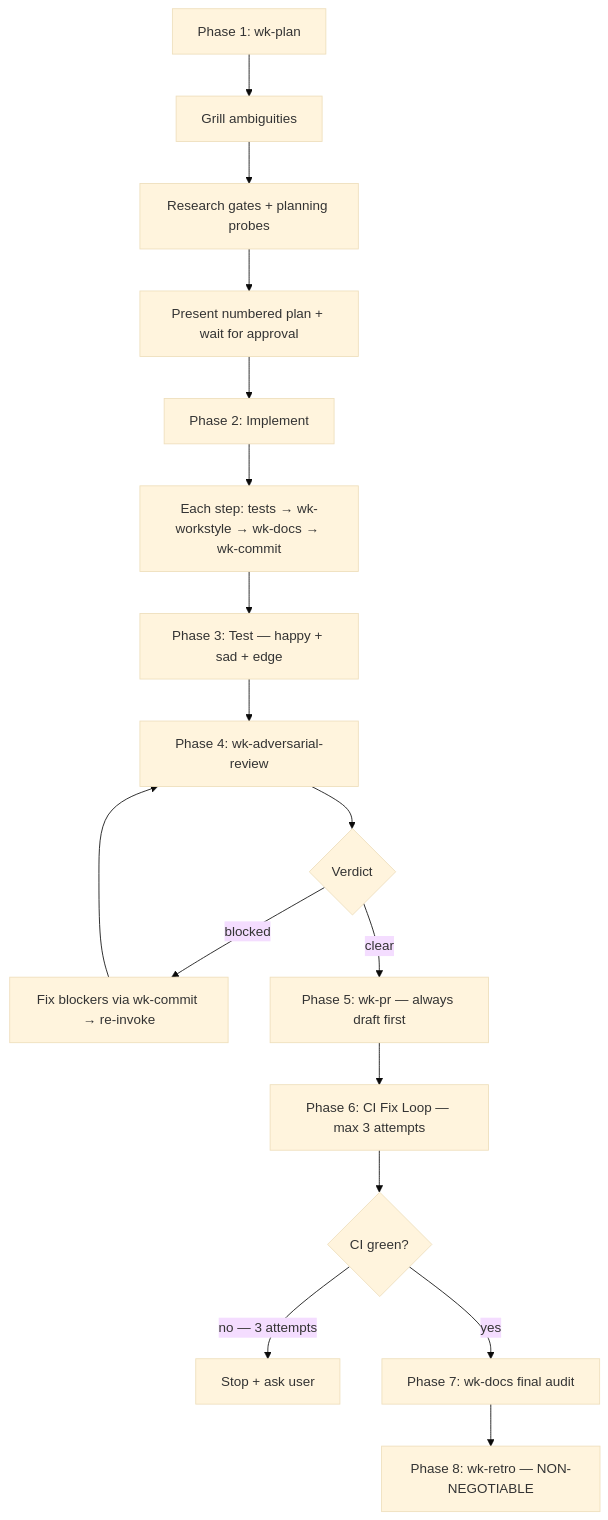
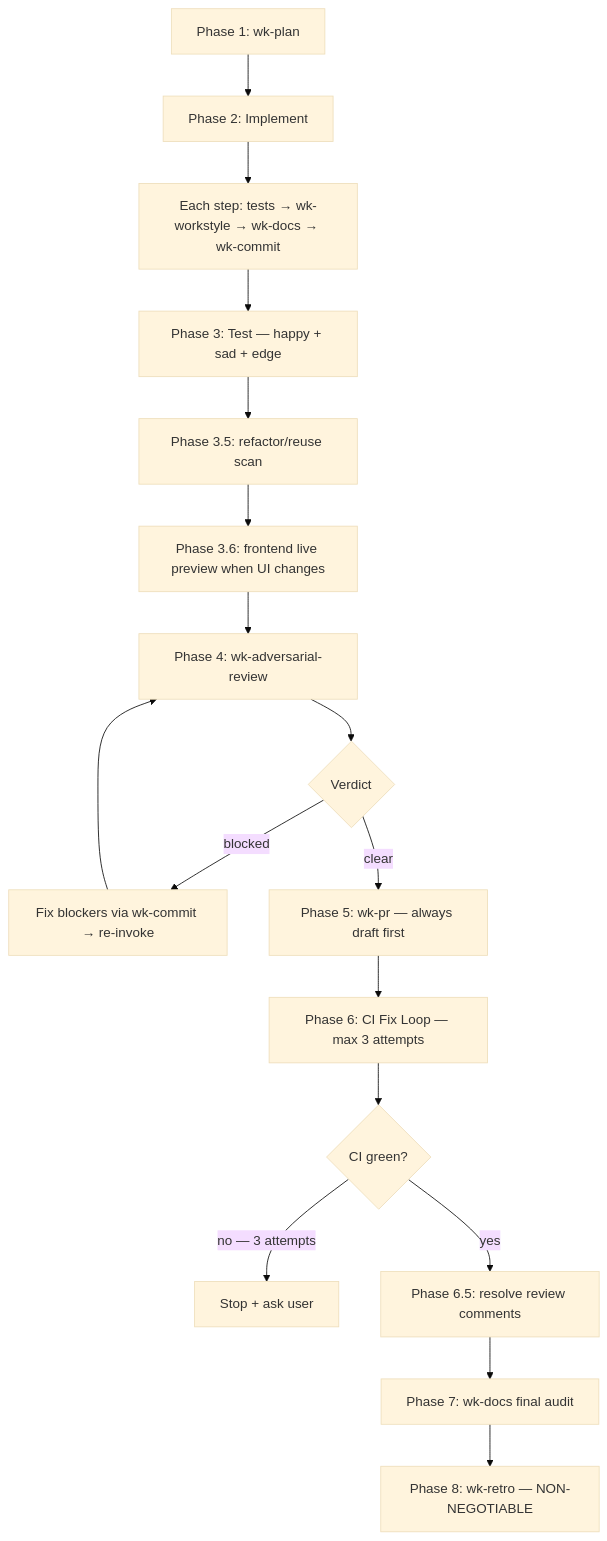
Before and after one commit to whizzzkid/skills: the diagram in skills/workflow/README.md, drawn with Mermaid (base theme). The commit also changed other lines of this file and 1 other file, not shown here.

Commit message:
refactor(workflow): ♻️ debloat workflow skill
Compress wk-workflow under 500 lines while preserving phase gates,
progressive disclosure through wk-plan and focused skills, and README sync.

````diff
--- a/skills/workflow/README.md
+++ b/skills/workflow/README.md
@@ -16,24 +16,25 @@
 ```mermaid
 flowchart TD
-    A[Phase 1: wk-plan] --> A1[Grill ambiguities]
-    A1 --> A2[Research gates + planning probes]
-    A2 --> A3[Present numbered plan + wait for approval]
-    A3 --> B[Phase 2: Implement]
+    A[Phase 1: wk-plan] --> B[Phase 2: Implement]
     B --> B1[Each step: tests → wk-workstyle → wk-docs → wk-commit]
     B1 --> C[Phase 3: Test — happy + sad + edge]
-    C --> D[Phase 4: wk-adversarial-review]
+    C --> C1[Phase 3.5: refactor/reuse scan]
+    C1 --> C2[Phase 3.6: frontend live preview when UI changes]
+    C2 --> D[Phase 4: wk-adversarial-review]
     D --> E{Verdict}
     E -->|blocked| F[Fix blockers via wk-commit → re-invoke]
     F --> D
     E -->|clear| G[Phase 5: wk-pr — always draft first]
     G --> H[Phase 6: CI Fix Loop — max 3 attempts]
     H --> I{CI green?}
     I -->|no — 3 attempts| J[Stop + ask user]
-    I -->|yes| K[Phase 7: wk-docs final audit]
-    K --> L[Phase 8: wk-retro — NON-NEGOTIABLE]
+    I -->|yes| K[Phase 6.5: resolve review comments]
+    K --> L[Phase 7: wk-docs final audit]
+    L --> M[Phase 8: wk-retro — NON-NEGOTIABLE]
     click A href "../plan/README.md" _blank
     click D href "../adversarial-review/README.md" _blank
     click G href "../pr/README.md" _blank
-    click K href "../docs/README.md" _blank
-    click L href "../retro/README.md" _blank
+    click K href "../pr-resolve/README.md" _blank
+    click L href "../docs/README.md" _blank
+    click M href "../retro/README.md" _blank
 ```
````
